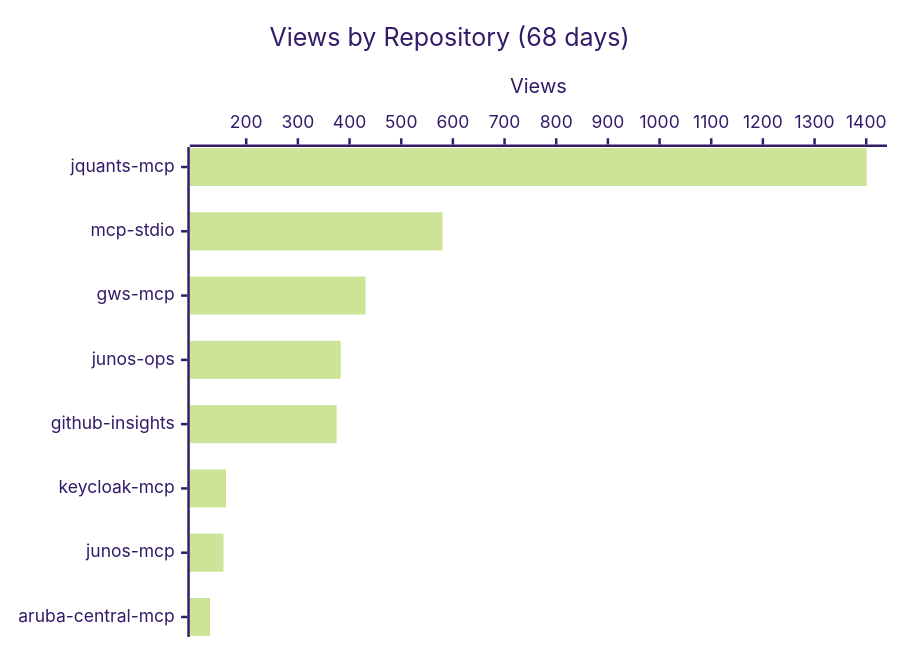
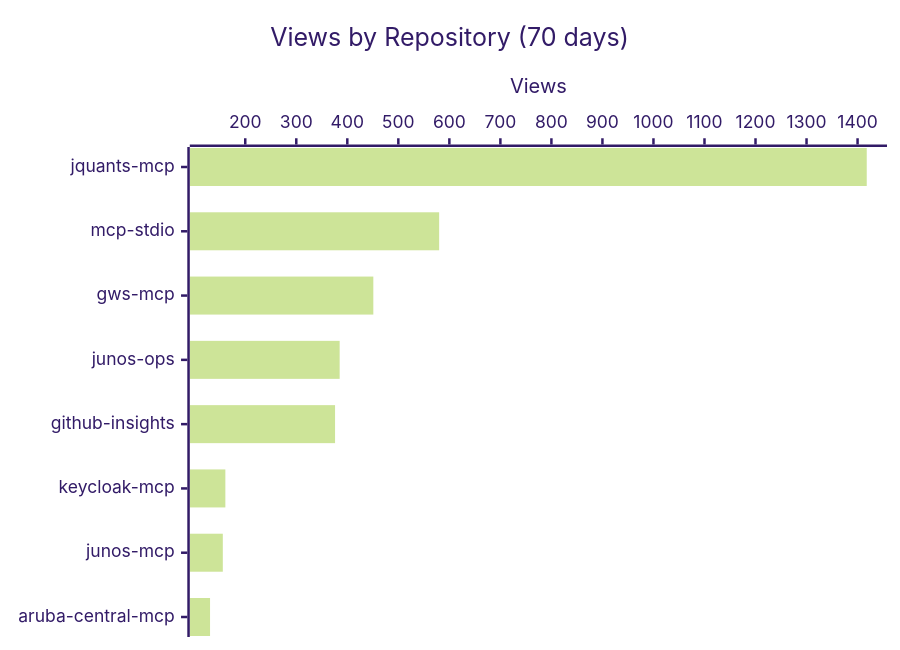
One commit to shigechika/github-insights changed the first of 3 diagrams in README.md. Above: the diagram before and after it, drawn with Mermaid (forest theme). The commit also changed other lines of this file and 2 other files, not shown here.

````diff
--- a/README.md
+++ b/README.md
@@ -18,7 +18,7 @@
 ```mermaid
 xychart-beta horizontal
-    title "Views by Repository (68 days)"
+    title "Views by Repository (70 days)"
     x-axis ["jquants-mcp", "mcp-stdio", "gws-mcp", "junos-ops", "github-insights", "keycloak-mcp", "junos-mcp", "aruba-central-mcp"]
     y-axis "Views"
-    bar [1401, 580, 431, 383, 375, 161, 156, 130]
+    bar [1418, 580, 451, 385, 376, 161, 156, 131]
 ```
````
